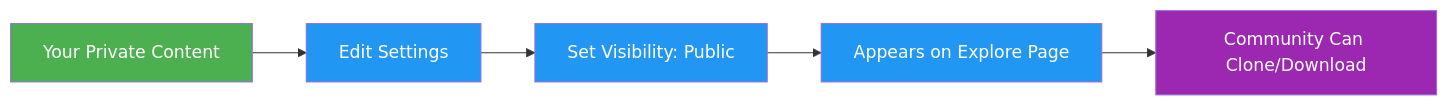
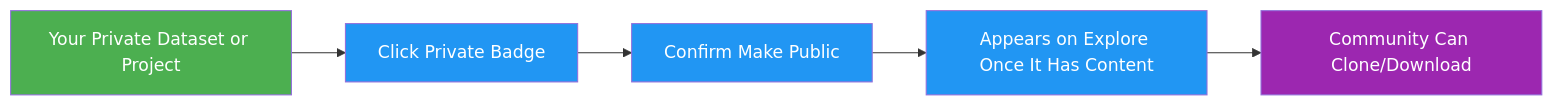
The third of 3 diagrams in orddc2024/predictors/yolo26/docs/en/platform/explore.md (himanshunaidu/orddc2024_yolo_sidewalk), drawn with Mermaid before and after one commit. The commit also changed other lines of this file and 538 other files, not shown here.

````diff
--- a/orddc2024/predictors/yolo26/docs/en/platform/explore.md
+++ b/orddc2024/predictors/yolo26/docs/en/platform/explore.md
@@ -240,11 +274,11 @@
 ```mermaid
 graph LR
-    A[Your Private Content]:::start --> B[Edit Settings]:::proc
-    B --> C[Set Visibility: Public]:::proc
-    C --> D[Appears on Explore Page]:::proc
+    A[Your Private Dataset or Project]:::start --> B[Click Private Badge]:::proc
+    B --> C[Confirm Make Public]:::proc
+    C --> D[Appears on Explore Once It Has Content]:::proc
     D --> E[Community Can Clone/Download]:::out
 
     classDef start fill:#4CAF50,color:#fff
     classDef proc fill:#2196F3,color:#fff
     classDef out fill:#9C27B0,color:#fff
 ```
````
